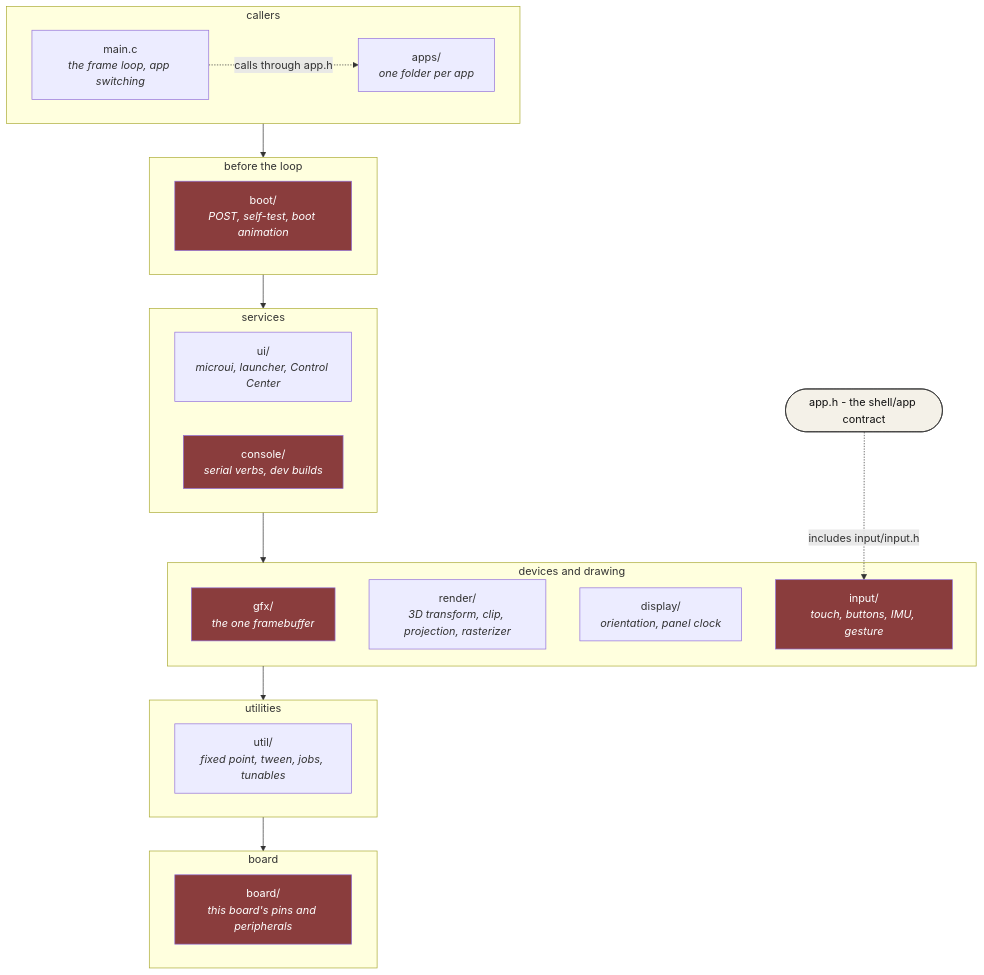
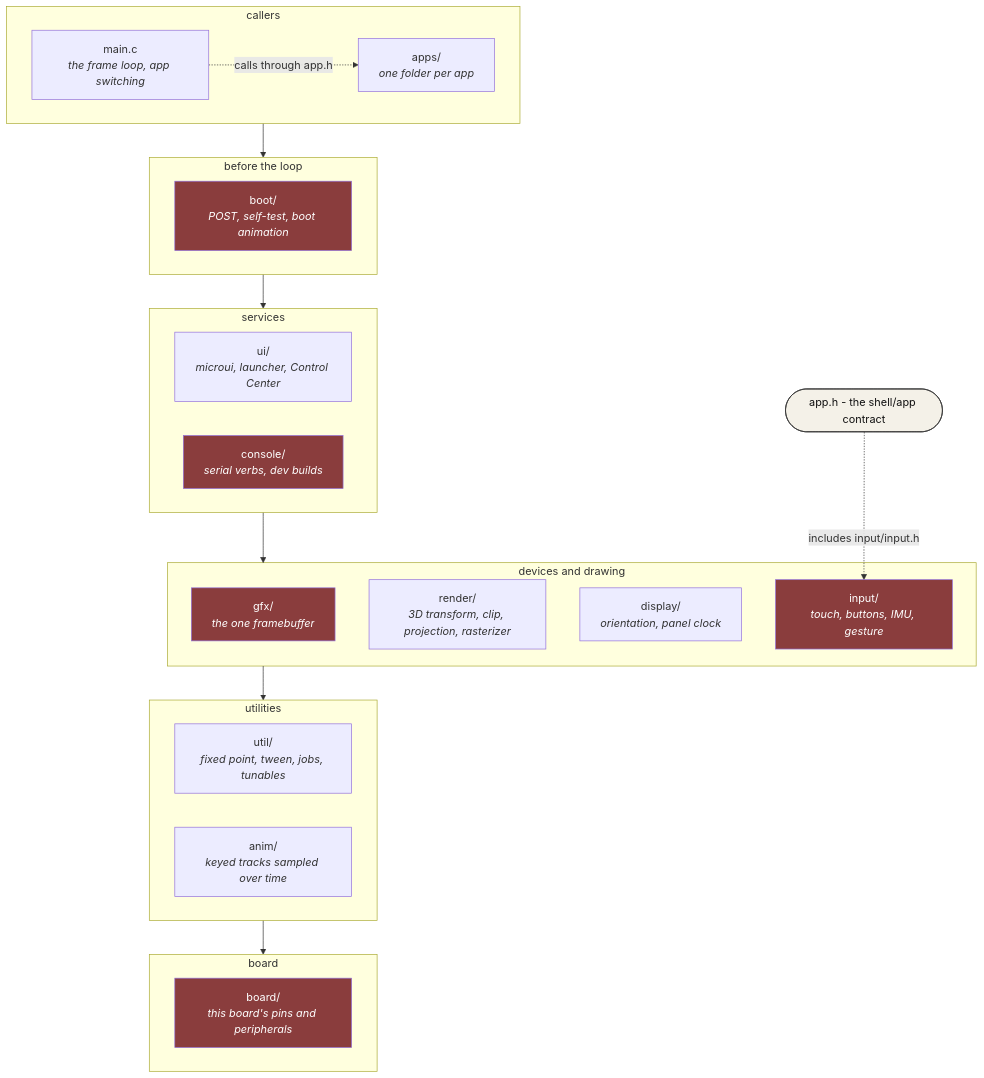
Before and after one commit to jose-villegas/autana: the first of 4 diagrams in docs/Firmware-Architecture.md, drawn with Mermaid. The commit also changed other lines of this file and 23 other files, not shown here.

````diff
--- a/docs/Firmware-Architecture.md
+++ b/docs/Firmware-Architecture.md
@@ -46,34 +46,35 @@
 ```mermaid
 flowchart TB
     classDef hw fill:#8a3d3d,color:#fff
     classDef contract fill:#f4f1e8,stroke:#333,stroke-width:1px,color:#111
 
     subgraph R1["callers"]
         Apps["apps/<br/><i>one folder per app</i>"]
         Main["main.c<br/><i>the frame loop, app switching</i>"]
     end
     subgraph R3["before the loop"]
         Boot["boot/<br/><i>POST, self-test, boot animation</i>"]:::hw
     end
     subgraph R4["services"]
         Ui["ui/<br/><i>microui, launcher, Control Center</i>"]
         Console["console/<br/><i>serial verbs, dev builds</i>"]:::hw
     end
     subgraph R5["devices and drawing"]
         Gfx["gfx/<br/><i>the one framebuffer</i>"]:::hw
         Render["render/<br/><i>3D transform, clip, projection, rasterizer</i>"]
         Display["display/<br/><i>orientation, panel clock</i>"]
         Input["input/<br/><i>touch, buttons, IMU, gesture</i>"]:::hw
     end
     subgraph R6["utilities"]
         Util["util/<br/><i>fixed point, tween, jobs, tunables</i>"]
+        Anim["anim/<br/><i>keyed tracks sampled over time</i>"]
     end
     subgraph R7["board"]
         Board["board/<br/><i>this board's pins and peripherals</i>"]:::hw
     end
 
     R1 --> R3 --> R4 --> R5 --> R6 --> R7
     Contract(["app.h - the shell/app contract"]):::contract
     Main -.->|"calls through app.h"| Apps
     Contract -.->|"includes input/input.h"| Input
 ```
````
